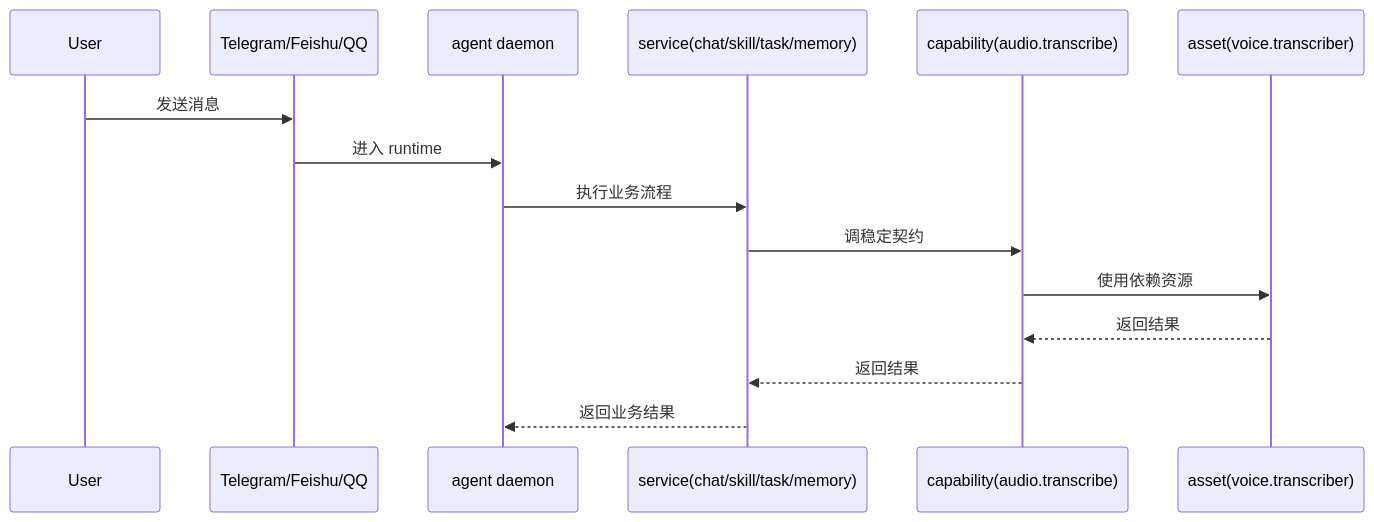
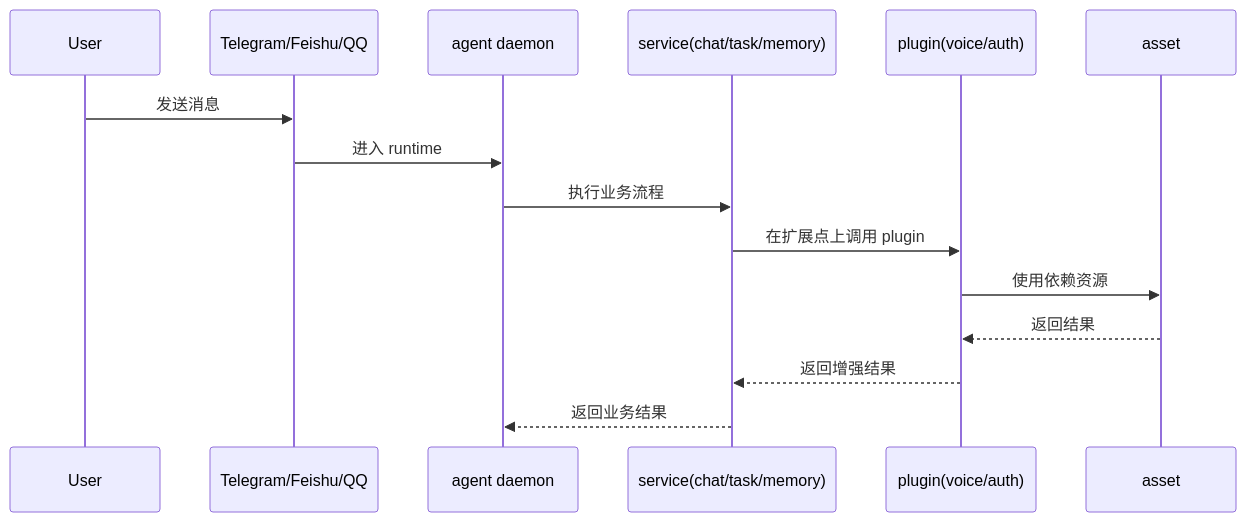
One commit to wangenius/downcity changed the second of 2 diagrams in homepage/content/docs/zh/concepts/logic-map.mdx. Above: the diagram before and after it, drawn with Mermaid. The commit also changed other lines of this file and 168 other files, not shown here.

````diff
--- a/homepage/content/docs/zh/concepts/logic-map.mdx
+++ b/homepage/content/docs/zh/concepts/logic-map.mdx
@@ -47,18 +42,18 @@
 ```mermaid
 sequenceDiagram
   participant User as User
   participant Channel as Telegram/Feishu/QQ
   participant Agent as agent daemon
-  participant Service as service(chat/skill/task/memory)
-  participant Capability as capability(audio.transcribe)
-  participant Asset as asset(voice.transcriber)
+  participant Service as service(chat/task/memory)
+  participant Plugin as plugin(voice/auth)
+  participant Asset as asset
 
   User->>Channel: 发送消息
   Channel->>Agent: 进入 runtime
   Agent->>Service: 执行业务流程
-  Service->>Capability: 调稳定契约
-  Capability->>Asset: 使用依赖资源
-  Asset-->>Capability: 返回结果
-  Capability-->>Service: 返回结果
+  Service->>Plugin: 在扩展点上调用 plugin
+  Plugin->>Asset: 使用依赖资源
+  Asset-->>Plugin: 返回结果
+  Plugin-->>Service: 返回增强结果
   Service-->>Agent: 返回业务结果
 ```
````
